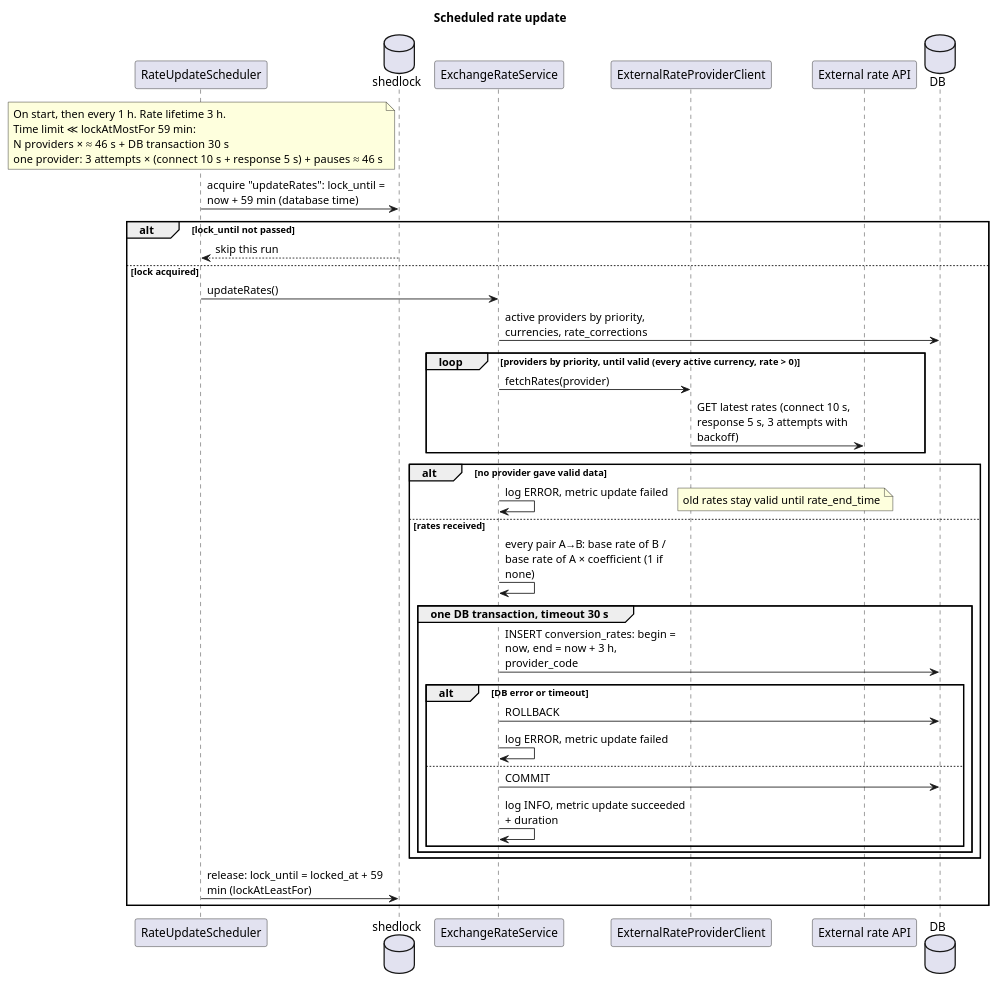
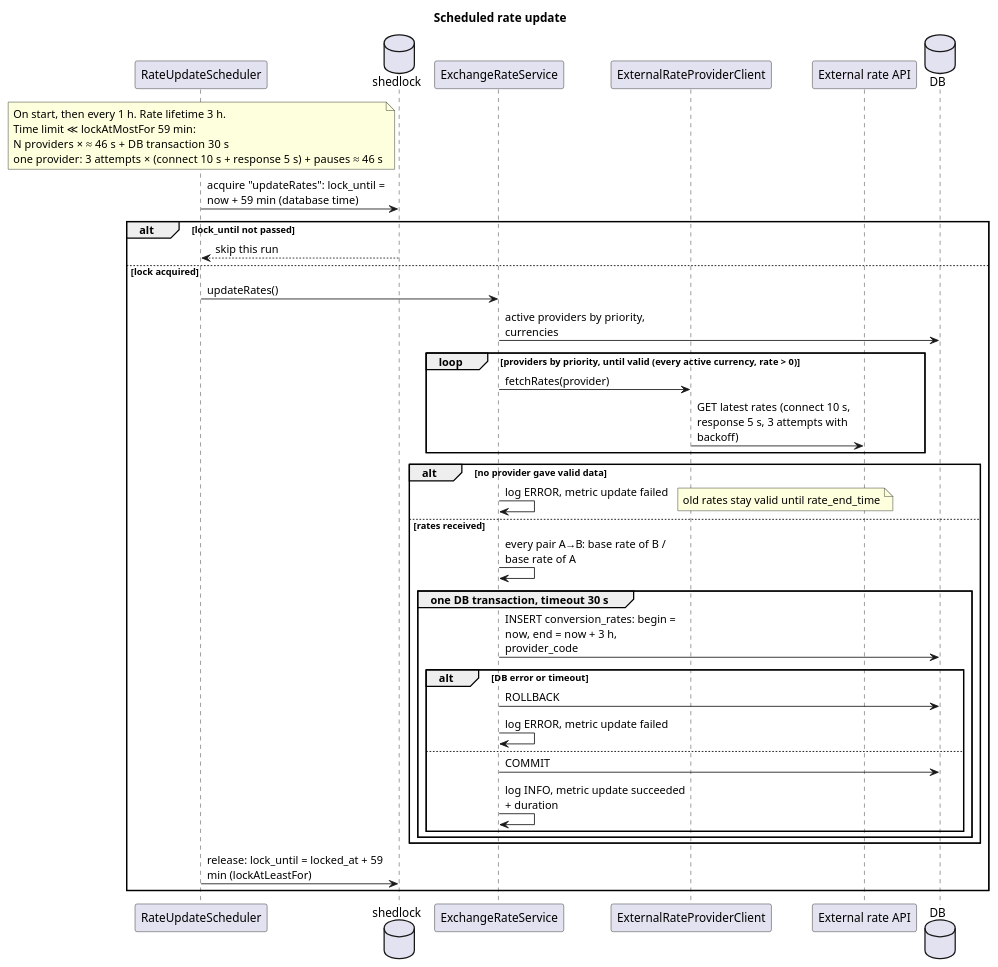
One commit to dezxxx/payment-platform changed the diagram in currency-rate-service/diagrams-c4/sequence-rates-update.puml. Above: the diagram before and after it, drawn with PlantUML. The commit also changed 118 other files, not shown here.

Commit message:
feat: add currency-rate-service and transfers between currencies through individuals-api

```diff
--- a/currency-rate-service/diagrams-c4/sequence-rates-update.puml
+++ b/currency-rate-service/diagrams-c4/sequence-rates-update.puml
@@ -1,47 +1,47 @@
 @startuml sequence-rates-update
 title Scheduled rate update
 skinparam maxMessageSize 220
 skinparam responseMessageBelowArrow true
 
 participant "RateUpdateScheduler" as Sch
 database "shedlock" as Lock
 participant "ExchangeRateService" as S
 participant "ExternalRateProviderClient" as C
 participant "External rate API" as Ext
 database "DB" as DB
 
 note over Sch
   On start, then every 1 h. Rate lifetime 3 h.
   Time limit ≪ lockAtMostFor 59 min:
   N providers × ≈ 46 s + DB transaction 30 s
   one provider: 3 attempts × (connect 10 s + response 5 s) + pauses ≈ 46 s
 end note
 Sch -> Lock: acquire "updateRates": lock_until = now + 59 min (database time)
 alt lock_until not passed
     Lock --> Sch: skip this run
 else lock acquired
     Sch -> S: updateRates()
-    S -> DB: active providers by priority, currencies, rate_corrections
+    S -> DB: active providers by priority, currencies
     loop providers by priority, until valid (every active currency, rate > 0)
         S -> C: fetchRates(provider)
         C -> Ext: GET latest rates (connect 10 s, response 5 s, 3 attempts with backoff)
     end
     alt no provider gave valid data
         S -> S: log ERROR, metric update failed
         note right: old rates stay valid until rate_end_time
     else rates received
-        S -> S: every pair A→B: base rate of B / base rate of A × coefficient (1 if none)
+        S -> S: every pair A→B: base rate of B / base rate of A
         group one DB transaction, timeout 30 s
             S -> DB: INSERT conversion_rates: begin = now, end = now + 3 h, provider_code
             alt DB error or timeout
                 S -> DB: ROLLBACK
                 S -> S: log ERROR, metric update failed
             else
                 S -> DB: COMMIT
                 S -> S: log INFO, metric update succeeded + duration
             end
         end
     end
     Sch -> Lock: release: lock_until = locked_at + 59 min (lockAtLeastFor)
 end
 @enduml
```
